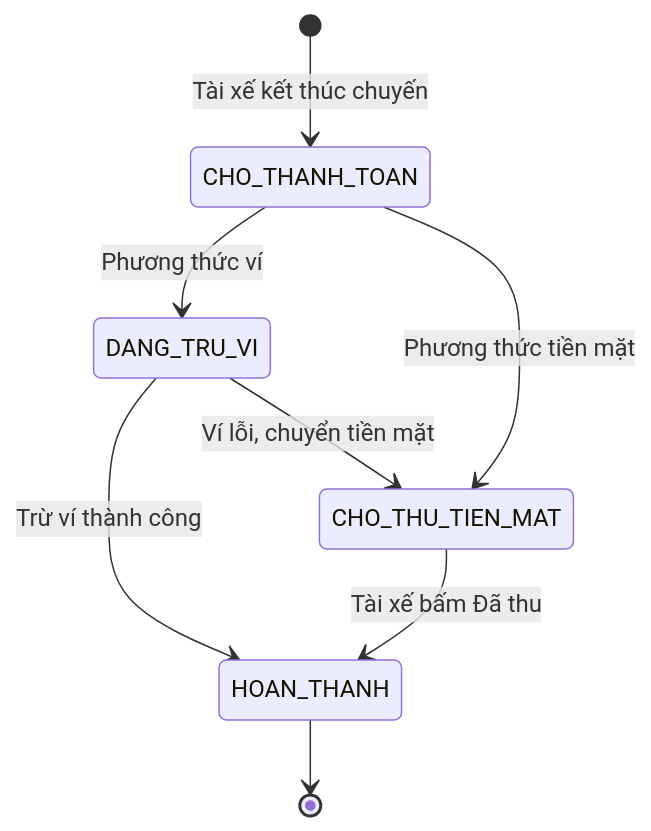
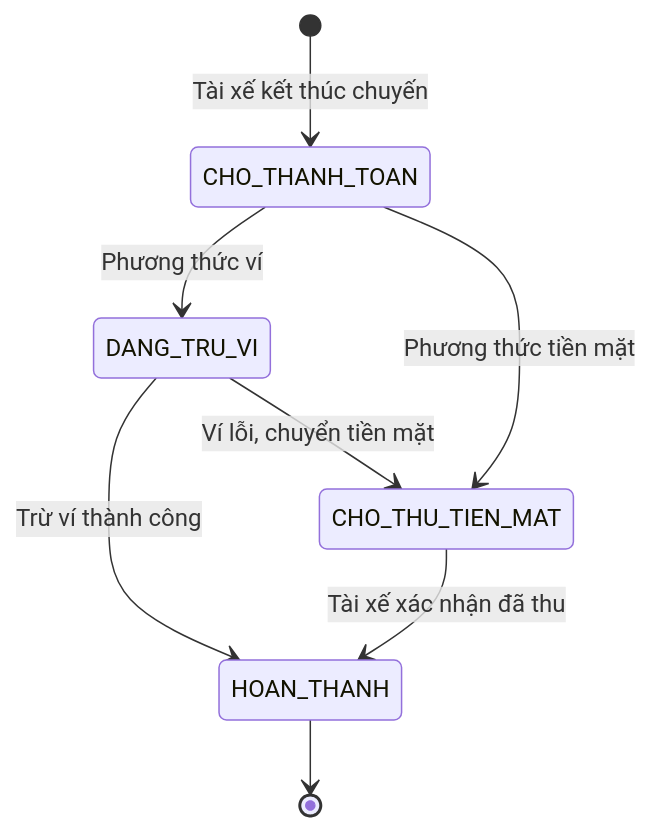
Before and after one commit to uxfoundation-vn/de05-dat-xe-cho-khach: the fourth of 20 diagrams in docs/SRS.md, drawn with Mermaid. The commit also changed other lines of this file and 2 other files, not shown here.

````diff
--- a/docs/SRS.md
+++ b/docs/SRS.md
@@ -209,10 +193,10 @@
 ```mermaid
 stateDiagram-v2
   [*] --> CHO_THANH_TOAN : Tài xế kết thúc chuyến
   CHO_THANH_TOAN --> DANG_TRU_VI : Phương thức ví
   DANG_TRU_VI --> HOAN_THANH : Trừ ví thành công
   DANG_TRU_VI --> CHO_THU_TIEN_MAT : Ví lỗi, chuyển tiền mặt
   CHO_THANH_TOAN --> CHO_THU_TIEN_MAT : Phương thức tiền mặt
-  CHO_THU_TIEN_MAT --> HOAN_THANH : Tài xế bấm Đã thu
+  CHO_THU_TIEN_MAT --> HOAN_THANH : Tài xế xác nhận đã thu
   HOAN_THANH --> [*]
 ```
````
